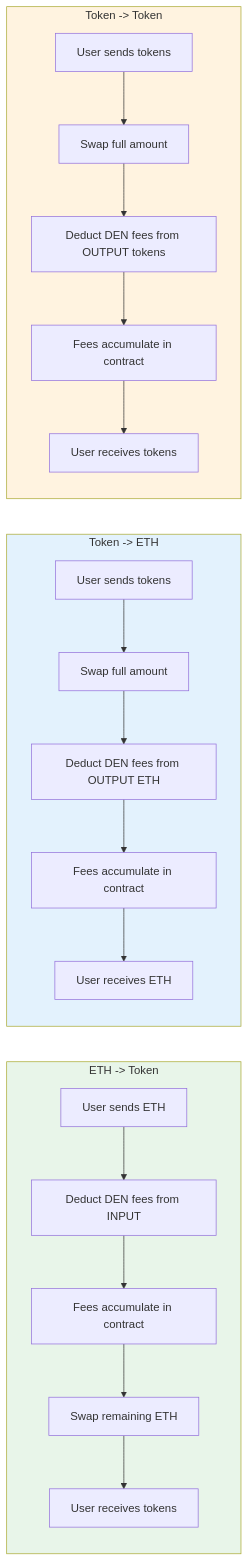
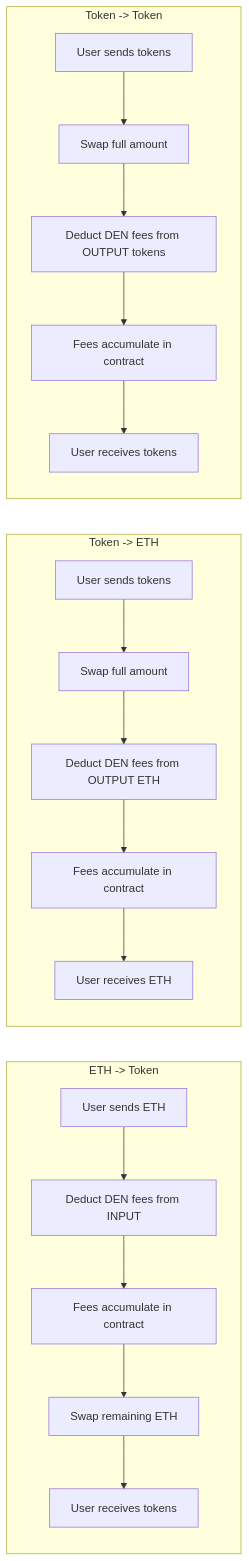
One commit to davidwyly/DEN changed the eighth of 11 diagrams in README.md. Above: the diagram before and after it, drawn with Mermaid. The commit also changed other lines of this file, not shown here.

Commit message:
removed hardcoded colors from mermaid diagrams for dark mode support

````diff
--- a/README.md
+++ b/README.md
@@ -550,30 +542,26 @@
 ```mermaid
 flowchart LR
     subgraph ETH_TO_TOKEN["ETH -> Token"]
         direction TB
         A1[User sends ETH] --> A2[Deduct DEN fees from INPUT]
         A2 --> A2b[Fees accumulate in contract]
         A2b --> A3[Swap remaining ETH]
         A3 --> A4[User receives tokens]
     end
 
     subgraph TOKEN_TO_ETH["Token -> ETH"]
         direction TB
         B1[User sends tokens] --> B2[Swap full amount]
         B2 --> B3[Deduct DEN fees from OUTPUT ETH]
         B3 --> B3b[Fees accumulate in contract]
         B3b --> B4[User receives ETH]
     end
 
     subgraph TOKEN_TO_TOKEN["Token -> Token"]
         direction TB
         C1[User sends tokens] --> C2[Swap full amount]
         C2 --> C3[Deduct DEN fees from OUTPUT tokens]
         C3 --> C3b[Fees accumulate in contract]
         C3b --> C4[User receives tokens]
     end
-
-    style ETH_TO_TOKEN fill:#e8f5e9
-    style TOKEN_TO_ETH fill:#e3f2fd
-    style TOKEN_TO_TOKEN fill:#fff3e0
 ```
````
